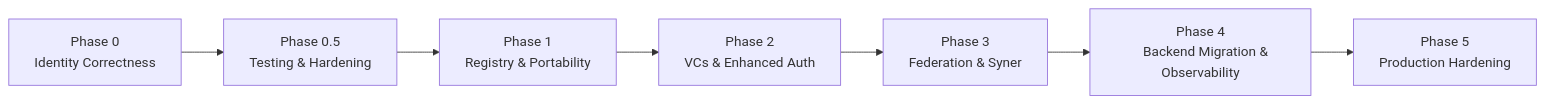
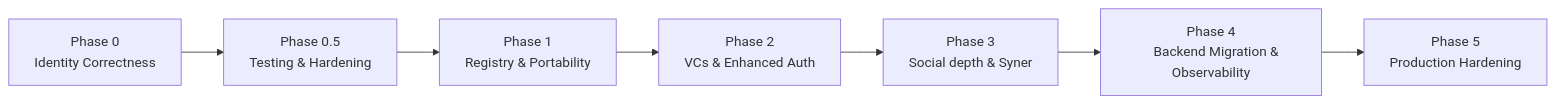
Before and after one commit to syr-is/syr: the diagram in apps/docs/app/src/routes/roadmap/+page.md, drawn with Mermaid. The commit also changed other lines of this file and 67 other files, not shown here.

````diff
--- a/apps/docs/app/src/routes/roadmap/+page.md
+++ b/apps/docs/app/src/routes/roadmap/+page.md
@@ -145,16 +143,16 @@
 ```mermaid
 flowchart LR
     P0["Phase 0
     Identity Correctness"] --> P05["Phase 0.5
     Testing & Hardening"]
     P05 --> P1["Phase 1
     Registry & Portability"]
     P1 --> P2["Phase 2
     VCs & Enhanced Auth"]
     P2 --> P3["Phase 3
-    Federation & Syner"]
+    Social depth & Syner"]
     P3 --> P4["Phase 4
     Backend Migration & Observability"]
     P4 --> P5["Phase 5
     Production Hardening"]
 ```
````
